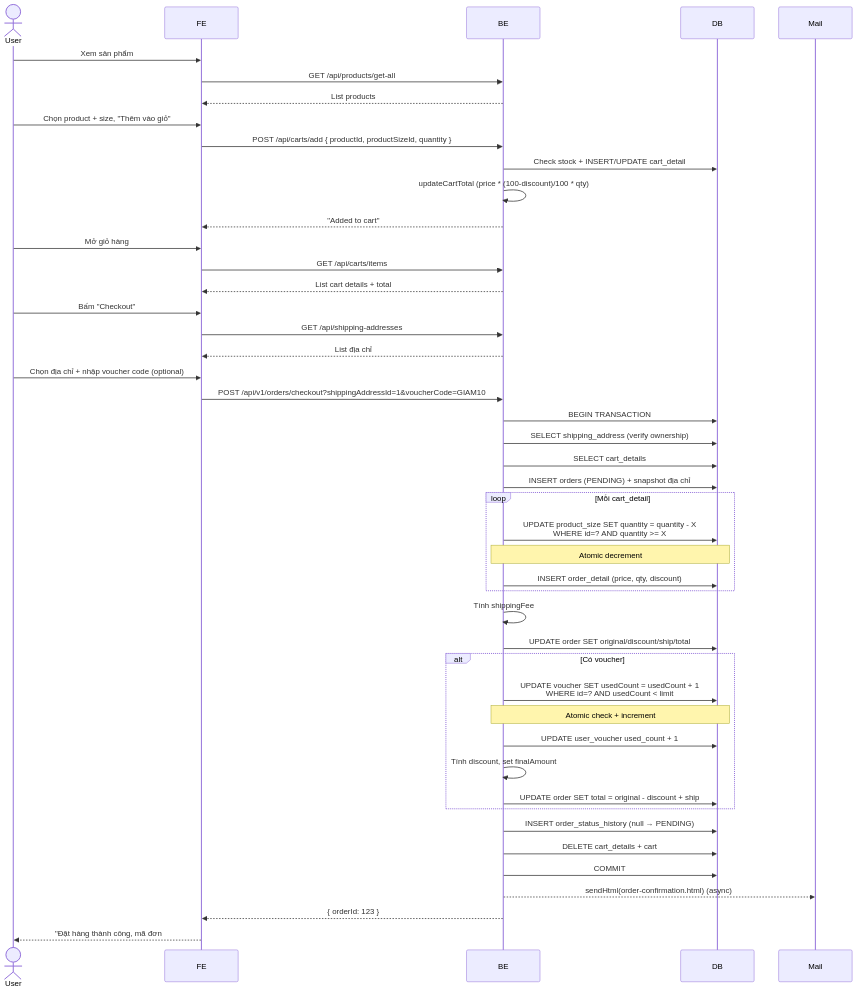
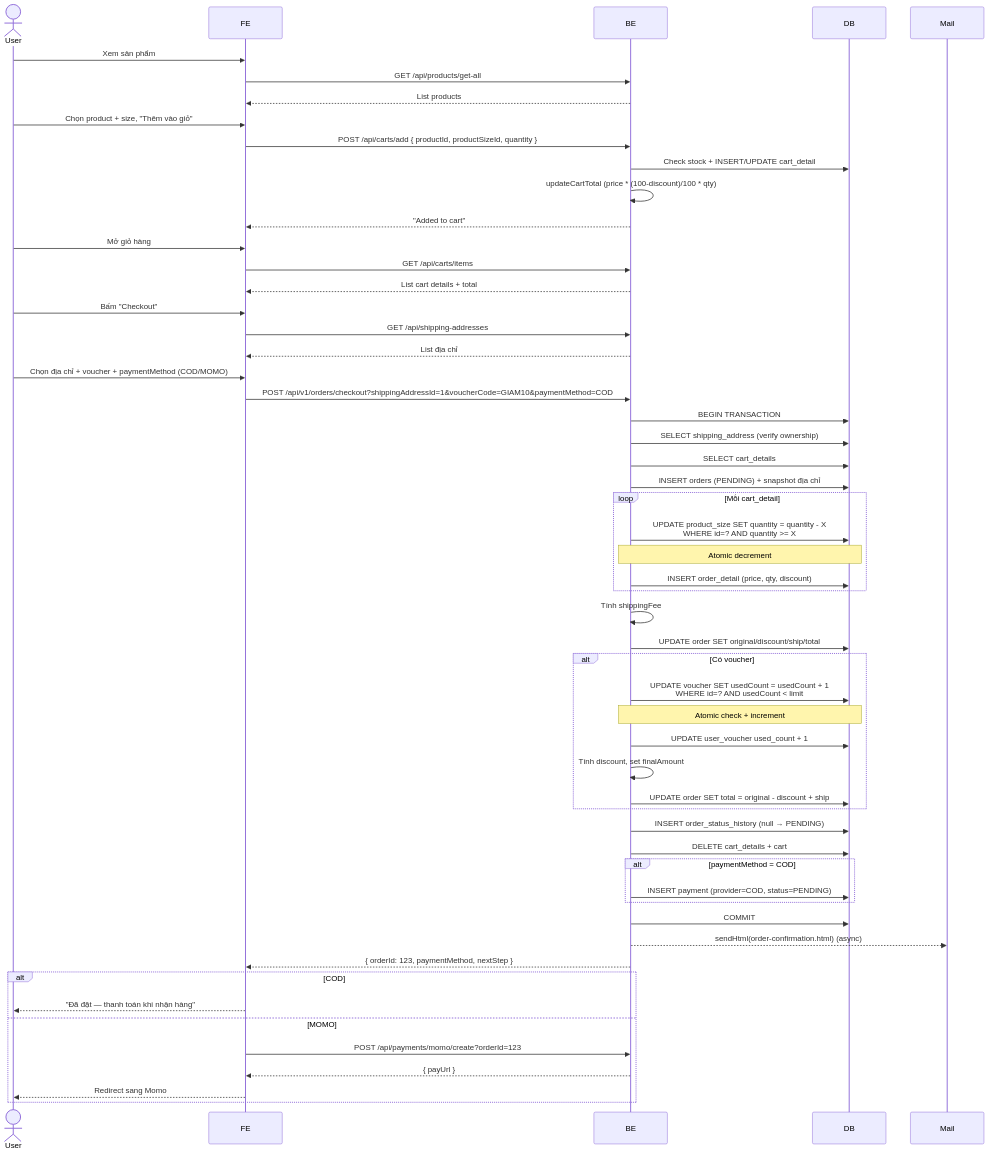
One commit to QuangVinh32/shopfood_V2 changed the fifth of 16 diagrams in FLOW_DIAGRAM.md. Above: the diagram before and after it, drawn with Mermaid. The commit also changed other lines of this file and 10 other files, not shown here.

````diff
--- a/FLOW_DIAGRAM.md
+++ b/FLOW_DIAGRAM.md
@@ -151,53 +151,62 @@
 ```mermaid
 sequenceDiagram
     actor U as User
     participant FE
     participant BE
     participant DB
 
     U->>FE: Xem sản phẩm
     FE->>BE: GET /api/products/get-all
     BE-->>FE: List products
 
     U->>FE: Chọn product + size, "Thêm vào giỏ"
     FE->>BE: POST /api/carts/add { productId, productSizeId, quantity }
     BE->>DB: Check stock + INSERT/UPDATE cart_detail
     BE->>BE: updateCartTotal (price * (100-discount)/100 * qty)
     BE-->>FE: "Added to cart"
 
     U->>FE: Mở giỏ hàng
     FE->>BE: GET /api/carts/items
     BE-->>FE: List cart details + total
 
     U->>FE: Bấm "Checkout"
     FE->>BE: GET /api/shipping-addresses
     BE-->>FE: List địa chỉ
-    U->>FE: Chọn địa chỉ + nhập voucher code (optional)
-    FE->>BE: POST /api/v1/orders/checkout?shippingAddressId=1&voucherCode=GIAM10
+    U->>FE: Chọn địa chỉ + voucher + paymentMethod (COD/MOMO)
+    FE->>BE: POST /api/v1/orders/checkout?shippingAddressId=1&voucherCode=GIAM10&paymentMethod=COD
 
     BE->>DB: BEGIN TRANSACTION
     BE->>DB: SELECT shipping_address (verify ownership)
     BE->>DB: SELECT cart_details
     BE->>DB: INSERT orders (PENDING) + snapshot địa chỉ
     loop Mỗi cart_detail
         BE->>DB: UPDATE product_size SET quantity = quantity - X<br/>WHERE id=? AND quantity >= X
         Note over BE,DB: Atomic decrement
         BE->>DB: INSERT order_detail (price, qty, discount)
     end
     BE->>BE: Tính shippingFee
     BE->>DB: UPDATE order SET original/discount/ship/total
     alt Có voucher
         BE->>DB: UPDATE voucher SET usedCount = usedCount + 1<br/>WHERE id=? AND usedCount < limit
         Note over BE,DB: Atomic check + increment
         BE->>DB: UPDATE user_voucher used_count + 1
         BE->>BE: Tính discount, set finalAmount
         BE->>DB: UPDATE order SET total = original - discount + ship
     end
     BE->>DB: INSERT order_status_history (null → PENDING)
     BE->>DB: DELETE cart_details + cart
+    alt paymentMethod = COD
+        BE->>DB: INSERT payment (provider=COD, status=PENDING)
+    end
     BE->>DB: COMMIT
     BE-->>Mail: sendHtml(order-confirmation.html) (async)
-    BE-->>FE: { orderId: 123 }
+    BE-->>FE: { orderId: 123, paymentMethod, nextStep }
 
-    FE-->>U: "Đặt hàng thành công, mã đơn #123"
+    alt COD
+        FE-->>U: "Đã đặt — thanh toán khi nhận hàng"
+    else MOMO
+        FE->>BE: POST /api/payments/momo/create?orderId=123
+        BE-->>FE: { payUrl }
+        FE-->>U: Redirect sang Momo
+    end
 ```
````
